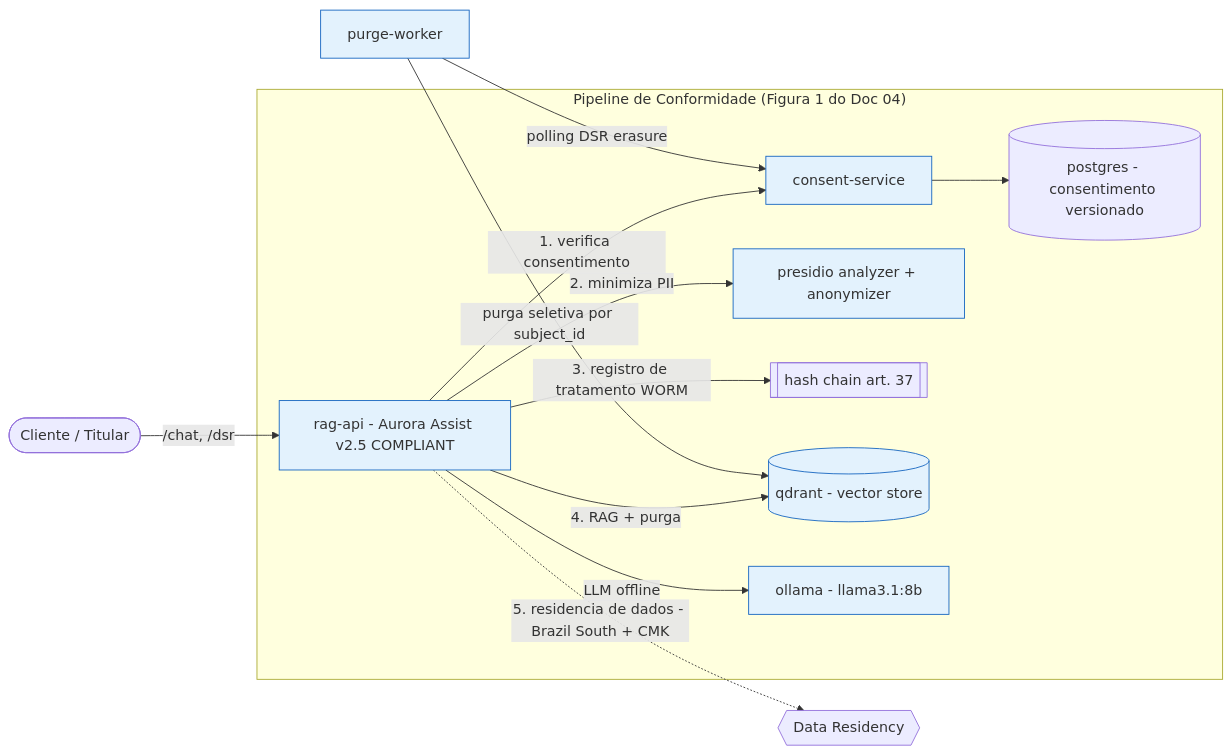
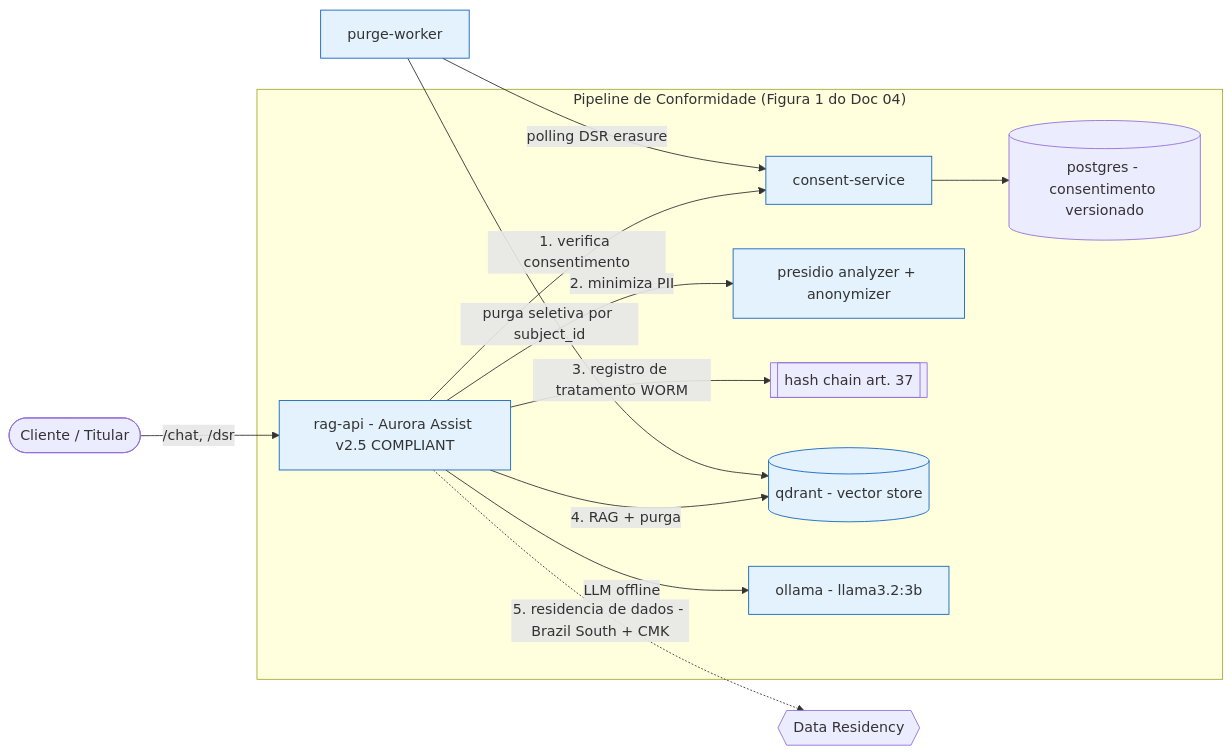
Before and after one commit to miyake-san/9mlet-llm-security: the diagram in aula05_conformidade_lgpd_gdpr/README.md, drawn with Mermaid. The commit also changed other lines of this file and 76 other files, not shown here.

````diff
--- a/aula05_conformidade_lgpd_gdpr/README.md
+++ b/aula05_conformidade_lgpd_gdpr/README.md
@@ -41,21 +41,21 @@
 ```mermaid
 flowchart LR
     U([Cliente / Titular]) -->|/chat, /dsr| RAG[rag-api - Aurora Assist v2.5 COMPLIANT]
 
     subgraph Pipeline["Pipeline de Conformidade (Figura 1 do Doc 04)"]
       RAG -->|1. verifica consentimento| CS[consent-service]
       CS --> PG[(postgres - consentimento versionado)]
       RAG -->|2. minimiza PII| PRES[presidio analyzer + anonymizer]
       RAG -->|3. registro de tratamento WORM| WORM[[hash chain art. 37]]
       RAG -->|4. RAG + purga| Q[(qdrant - vector store)]
-      RAG -->|LLM offline| OLL[ollama - llama3.1:8b]
+      RAG -->|LLM offline| OLL[ollama - llama3.2:3b]
     end
 
     PW[purge-worker] -->|polling DSR erasure| CS
     PW -->|purga seletiva por subject_id| Q
 
     RAG -.->|5. residencia de dados - Brazil South + CMK| REG{{Data Residency}}
 
     classDef svc fill:#e3f2fd,stroke:#1565c0;
     class RAG,CS,PRES,Q,OLL,PW svc;
 ```
````
